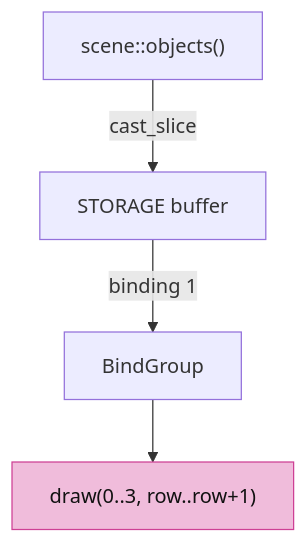
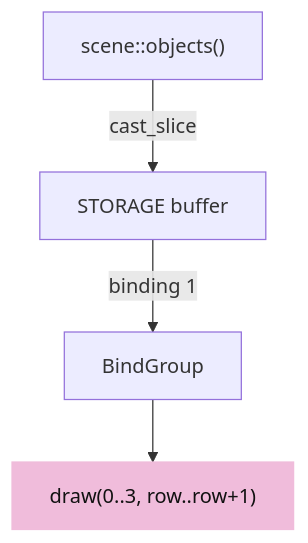
One commit to petrasvestartas/session changed the sixth of 6 diagrams in session_viewer/docs/03-identity.md. Above: the diagram before and after it, drawn with Mermaid. The commit also changed other lines of this file and 324 other files, not shown here.

````diff
--- a/session_viewer/docs/03-identity.md
+++ b/session_viewer/docs/03-identity.md
@@ -125,7 +137,7 @@
 ```mermaid
 flowchart TB
     O["scene::objects()"] -- "cast_slice" --> S["STORAGE buffer"]
     S -- "binding 1" --> G["BindGroup"]
     G --> D["draw(0..3, row..row+1)"]
-    style D fill:#f0bcdb,stroke:#ce4095,color:#111
+    style D fill:#f0bcdb,stroke:#f0bcdb,color:#111
 ```
````
